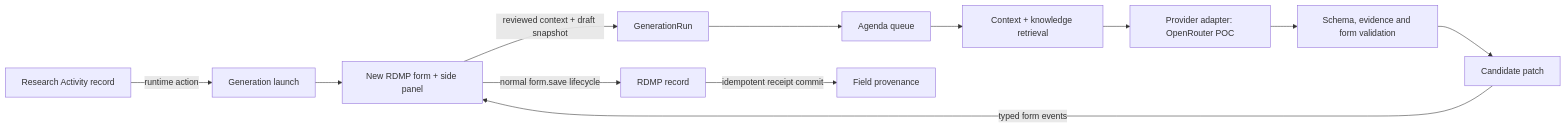
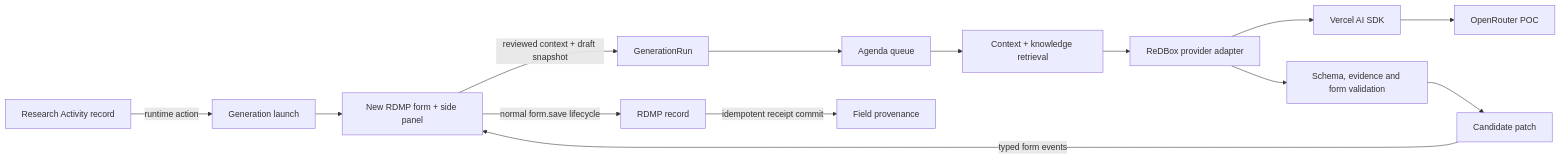
One commit to redbox-mint/redbox-portal changed the first of 3 diagrams in support/specs/ai-assisted-form-generation/design.md. Above: the diagram before and after it, drawn with Mermaid. The commit also changed other lines of this file and 9 other files, not shown here.

````diff
--- a/support/specs/ai-assisted-form-generation/design.md
+++ b/support/specs/ai-assisted-form-generation/design.md
@@ -11,14 +11,16 @@
 ```mermaid
 flowchart LR
     RA[Research Activity record] -->|runtime action| L[Generation launch]
     L --> F[New RDMP form + side panel]
     F -->|reviewed context + draft snapshot| R[GenerationRun]
     R --> Q[Agenda queue]
     Q --> C[Context + knowledge retrieval]
-    C --> P[Provider adapter: OpenRouter POC]
+    C --> P[ReDBox provider adapter]
+    P --> SDK[Vercel AI SDK]
+    SDK --> OR[OpenRouter POC]
     P --> V[Schema, evidence and form validation]
     V --> CP[Candidate patch]
     CP -->|typed form events| F
     F -->|normal form.save lifecycle| REC[RDMP record]
     REC -->|idempotent receipt commit| PR[Field provenance]
 ```
````
